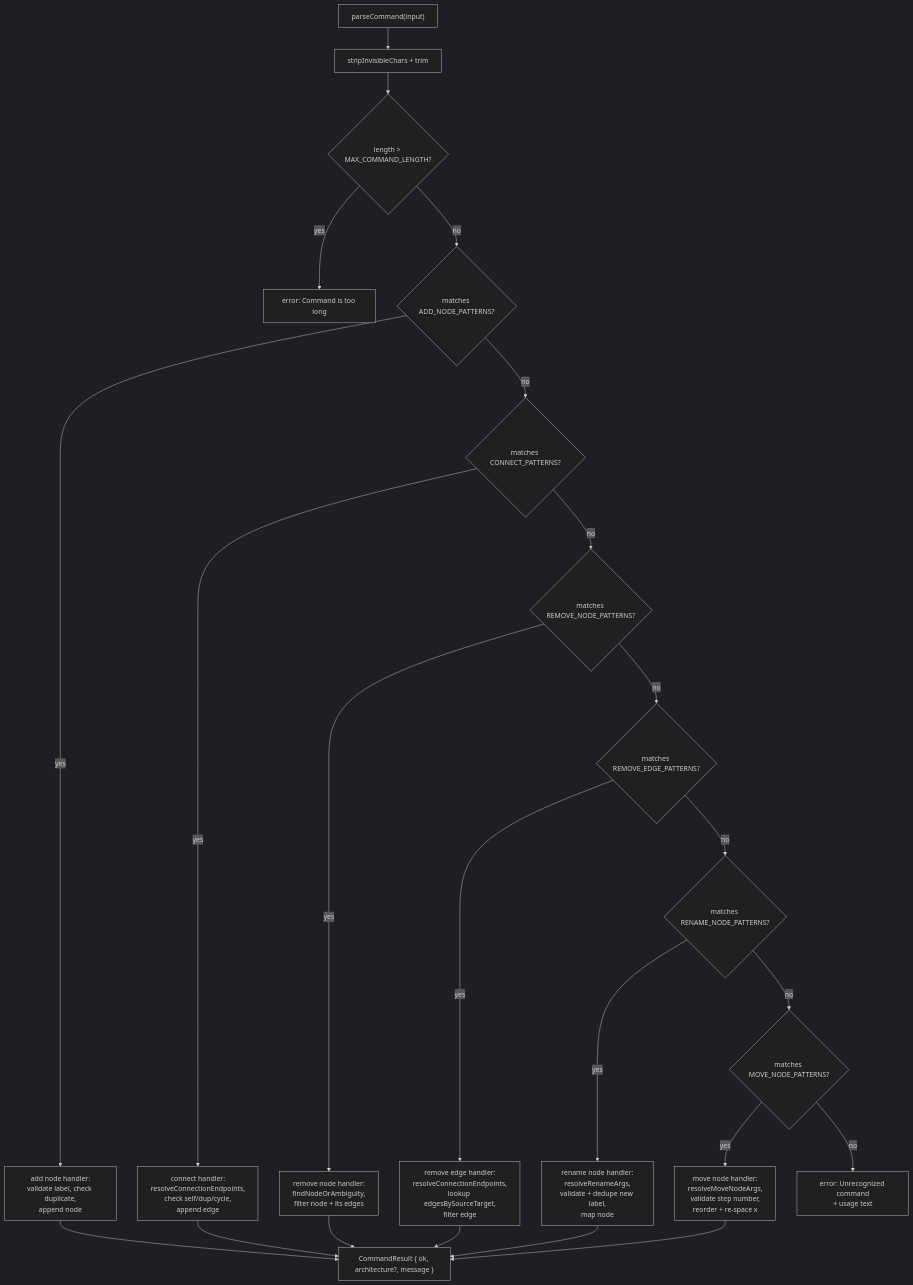
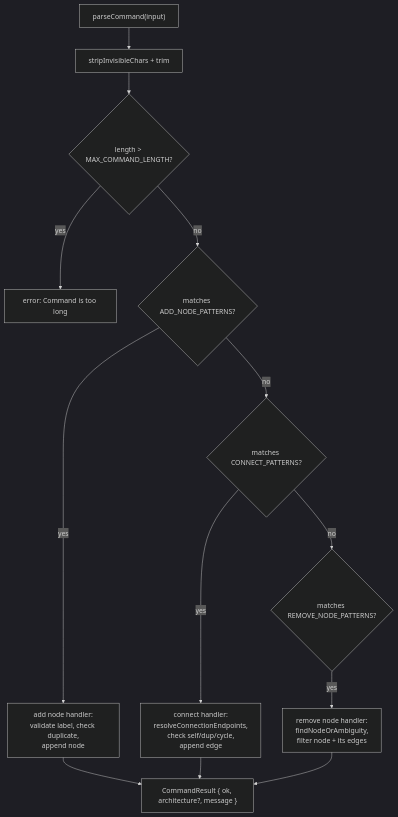
One commit to jgyy/architect-model changed the first of 2 diagrams in docs/categories/command-parser-entry-point.md. Above: the diagram before and after it, drawn with Mermaid (dark theme). The commit also changed 31 other files, not shown here.

Commit message:
docs: split mermaids into 2 for easier viewing (#52)

````diff
--- a/docs/categories/command-parser-entry-point.md
+++ b/docs/categories/command-parser-entry-point.md
@@ -7,32 +9,19 @@
 ```mermaid
 flowchart TD
     Start["parseCommand(input)"] --> Trim["stripInvisibleChars + trim"]
     Trim --> LenCheck{"length > MAX_COMMAND_LENGTH?"}
     LenCheck -->|yes| ErrLen["error: Command is too long"]
     LenCheck -->|no| AddM{"matches ADD_NODE_PATTERNS?"}
 
     AddM -->|yes| AddNode["add node handler:\nvalidate label, check duplicate,\nappend node"]
     AddM -->|no| ConnM{"matches CONNECT_PATTERNS?"}
 
     ConnM -->|yes| Connect["connect handler:\nresolveConnectionEndpoints,\ncheck self/dup/cycle,\nappend edge"]
     ConnM -->|no| RemNM{"matches REMOVE_NODE_PATTERNS?"}
 
     RemNM -->|yes| RemoveNode["remove node handler:\nfindNodeOrAmbiguity,\nfilter node + its edges"]
-    RemNM -->|no| RemEM{"matches REMOVE_EDGE_PATTERNS?"}
-
-    RemEM -->|yes| RemoveEdge["remove edge handler:\nresolveConnectionEndpoints,\nlookup edgesBySourceTarget,\nfilter edge"]
-    RemEM -->|no| RenM{"matches RENAME_NODE_PATTERNS?"}
-
-    RenM -->|yes| Rename["rename node handler:\nresolveRenameArgs,\nvalidate + dedupe new label,\nmap node"]
-    RenM -->|no| MoveM{"matches MOVE_NODE_PATTERNS?"}
-
-    MoveM -->|yes| MoveNode["move node handler:\nresolveMoveNodeArgs,\nvalidate step number,\nreorder + re-space x"]
-    MoveM -->|no| Unrecognized["error: Unrecognized command\n+ usage text"]
 
     AddNode --> Result["CommandResult { ok, architecture?, message }"]
     Connect --> Result
     RemoveNode --> Result
-    RemoveEdge --> Result
-    Rename --> Result
-    MoveNode --> Result
 ```
````
